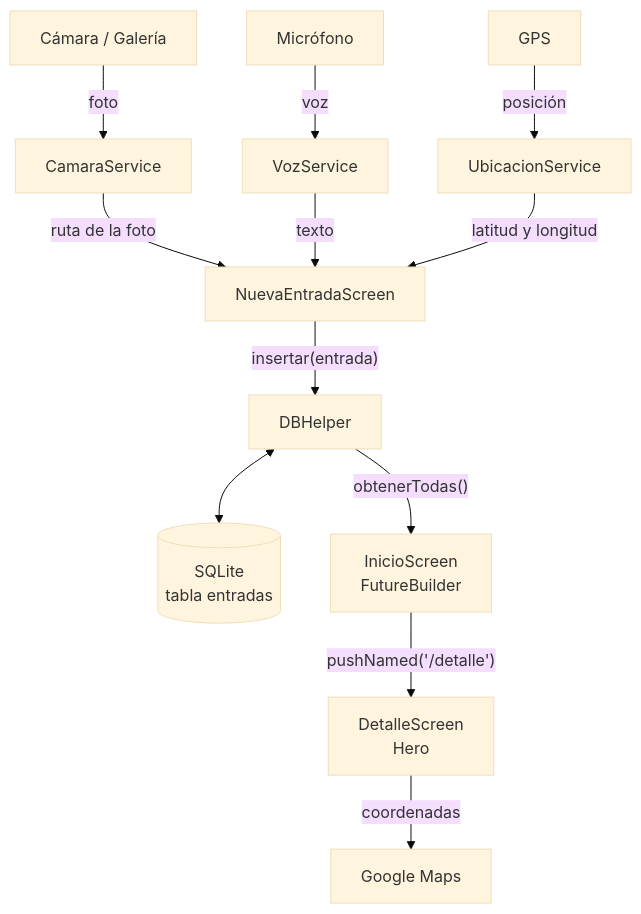
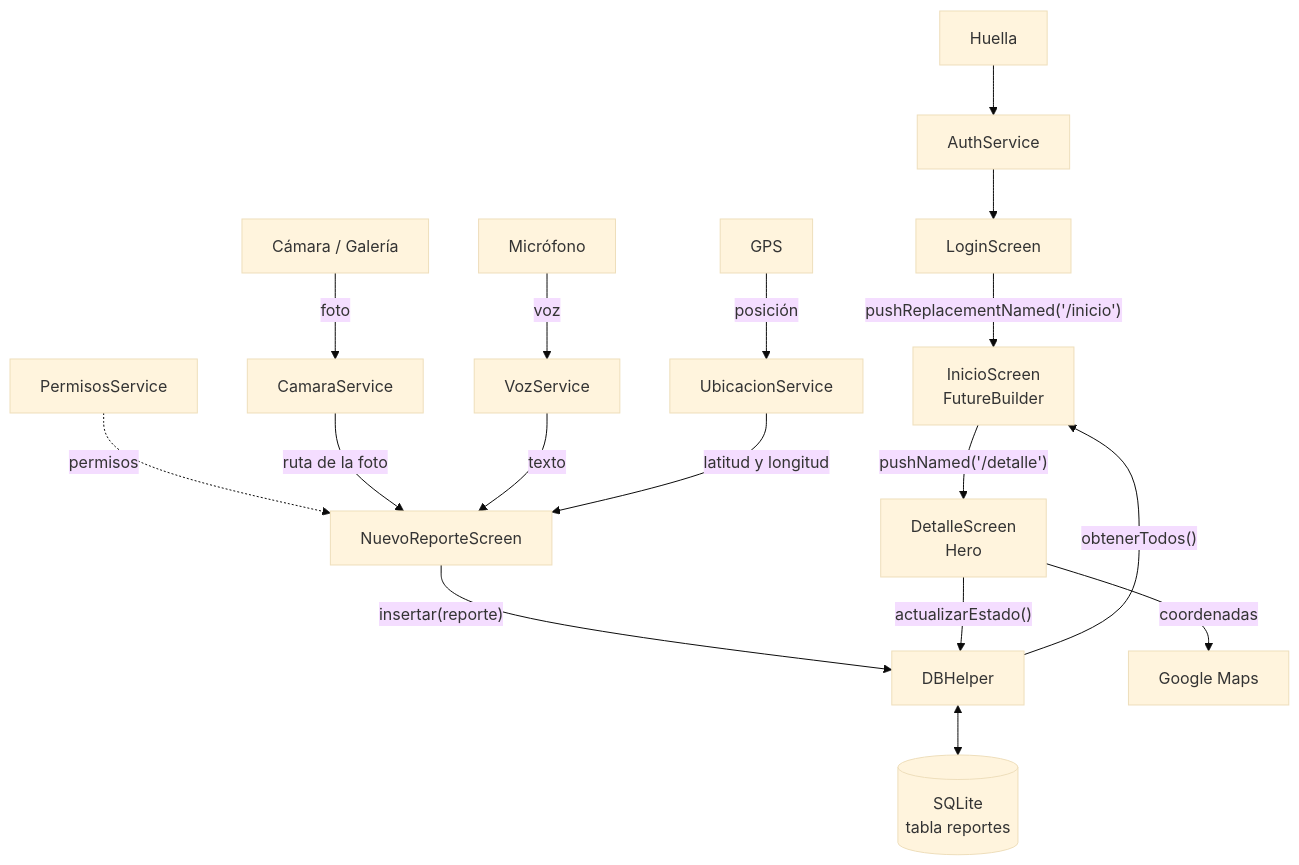
Before and after one commit to Marcosjv1/Parcial-2: the diagram in docs/diagramas/flujo.mmd, drawn with Mermaid (base theme). The commit also changed 5 other files, not shown here.

Commit message:
Actualizo el reporte, los diagramas y el README para ReportaCalle

```diff
--- a/docs/diagramas/flujo.mmd
+++ b/docs/diagramas/flujo.mmd
@@ -1,12 +1,16 @@
 flowchart TB
+  HU[Huella] --> AS[AuthService] --> LS[LoginScreen]
+  LS -- "pushReplacementNamed('/inicio')" --> IS
   CAM[Cámara / Galería] -- foto --> CS[CamaraService]
   MIC[Micrófono] -- voz --> VS[VozService]
   GPS[GPS] -- posición --> US[UbicacionService]
-  CS -- ruta de la foto --> NE[NuevaEntradaScreen]
-  VS -- texto --> NE
-  US -- latitud y longitud --> NE
-  NE -- "insertar(entrada)" --> DB[DBHelper]
-  DB <--> SQL[(SQLite<br/>tabla entradas)]
-  DB -- "obtenerTodas()" --> IS[InicioScreen<br/>FutureBuilder]
+  PS[PermisosService] -. permisos .-> NR
+  CS -- ruta de la foto --> NR[NuevoReporteScreen]
+  VS -- texto --> NR
+  US -- latitud y longitud --> NR
+  NR -- "insertar(reporte)" --> DB[DBHelper]
+  DB <--> SQL[(SQLite<br/>tabla reportes)]
+  DB -- "obtenerTodos()" --> IS[InicioScreen<br/>FutureBuilder]
   IS -- "pushNamed('/detalle')" --> DS[DetalleScreen<br/>Hero]
+  DS -- "actualizarEstado()" --> DB
   DS -- coordenadas --> GM[Google Maps]
```
